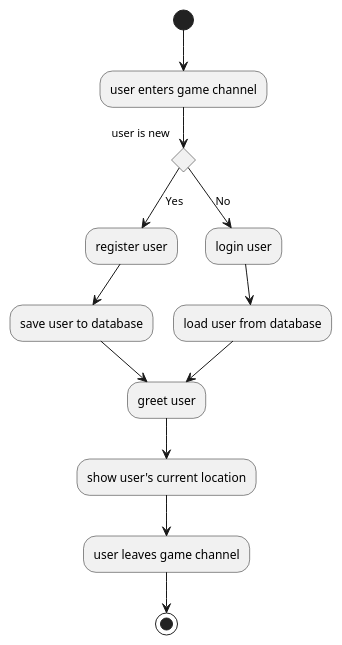
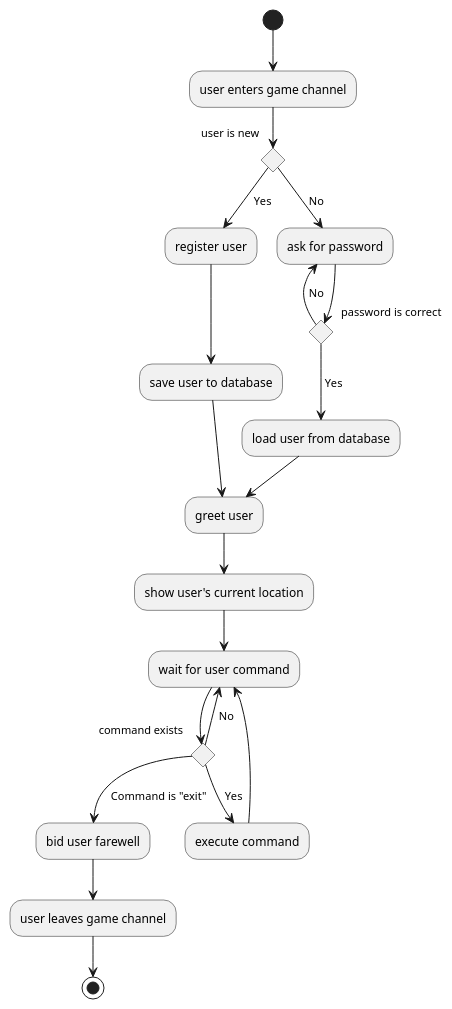
The diagram in documentation/workflow.puml (vehsamrak/telegramud), drawn with PlantUML before and after one commit.

Commit message:
Game workflow diagram with login and password

```diff
--- a/documentation/workflow.puml
+++ b/documentation/workflow.puml
@@ -1,18 +1,34 @@
 @startuml
+
 (*)  --> "user enters game channel"
 
 If "user is new" then
-    --> [Yes] "register user"
+    --> [ Yes ] "register user"
     --> "save user to database"
     --> "greet user"
 else
-    --> [No] "login user"
-    --> "load user from database"
-    --> "greet user"
+    --> [ No ] "ask for password"
+
+        If "password is correct" then
+            --> [ Yes ] "load user from database"
+            --> "greet user"
+
+            --> "show user's current location"
+            --> "wait for user command"
+
+            If "command exists" then
+                --> [ Yes ] "execute command"
+                --> "wait for user command"
+            else
+                --> [ No ] "wait for user command"
+            else
+                --> [ Command is "exit" ] "bid user farewell"
+                --> "user leaves game channel"
+                -->(*)
+            Endif
+        else
+            --> [ No ] "ask for password"
+        Endif
 Endif
 
---> "show user's current location"
-
---> "user leaves game channel"
--->(*)
 @enduml
```
